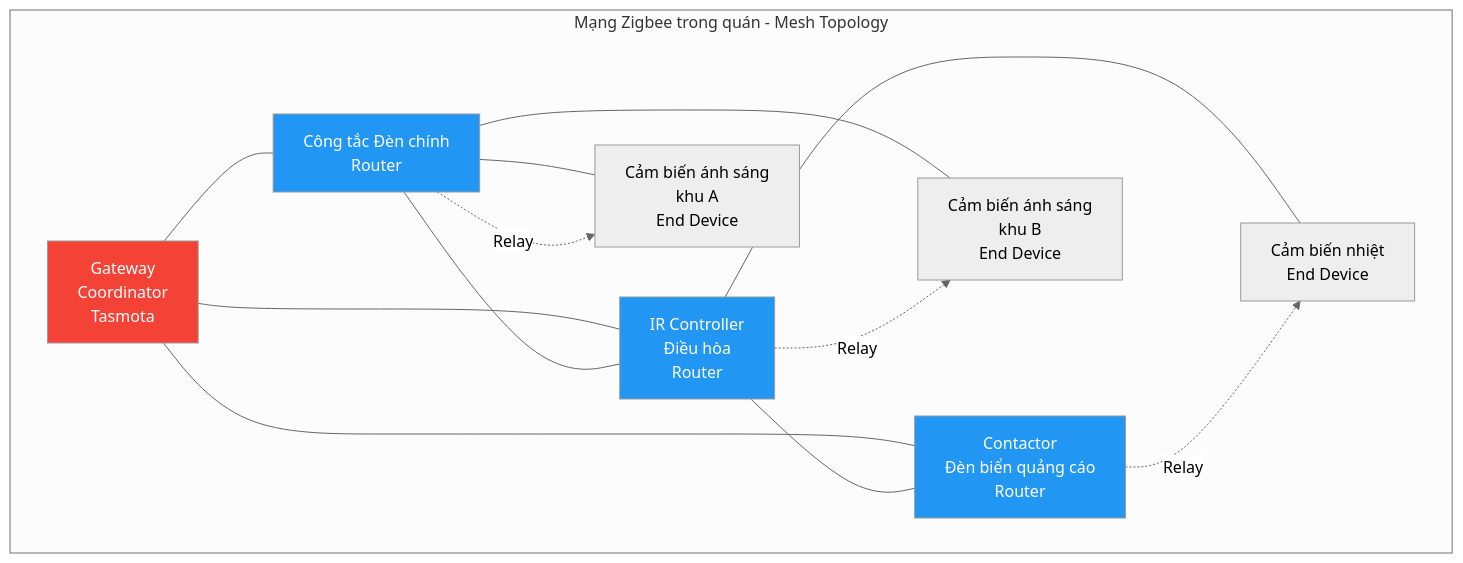
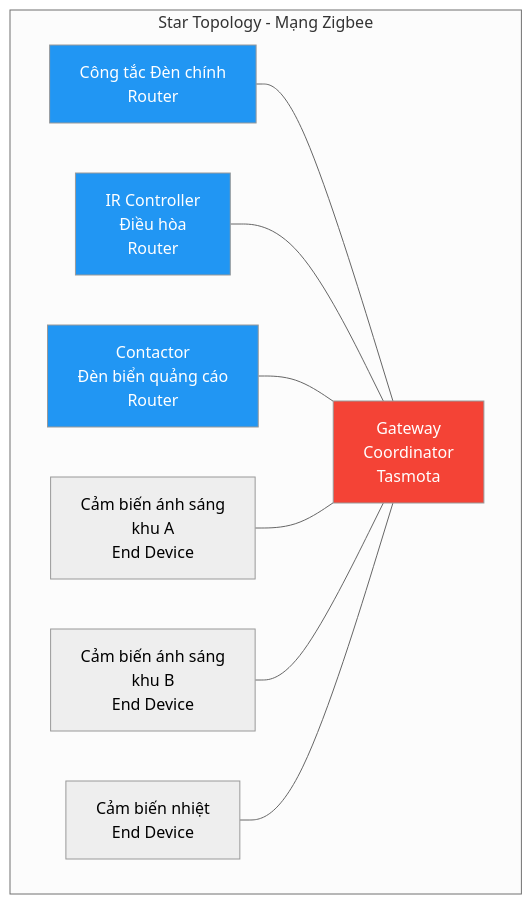
Before and after one commit to huongvn/HLCFEOS: the fourth of 8 diagrams in slides/02-techstack.md, drawn with Mermaid (neutral theme).

Commit message:
fix(slide-02): redraw Zigbee network as star topology
- Coordinator at center, all Router/End Device nodes connect directly to it
- Remove router-to-router mesh links per request

````diff
--- a/slides/02-techstack.md
+++ b/slides/02-techstack.md
@@ -126,23 +126,19 @@
 ```mermaid
 graph TB
-    subgraph "Mạng Zigbee trong quán - Mesh Topology"
-        A[Gateway<br/>Coordinator<br/>Tasmota] --- B[Công tắc Đèn chính<br/>Router]
-        A --- C[IR Controller<br/>Điều hòa<br/>Router]
-        A --- D[Contactor<br/>Đèn biển quảng cáo<br/>Router]
-        B --- C
-        C --- D
+    subgraph "Star Topology - Mạng Zigbee"
+        A[Gateway<br/>Coordinator<br/>Tasmota]
         
-        B --- E[Cảm biến ánh sáng<br/>khu A<br/>End Device]
-        B --- F[Cảm biến ánh sáng<br/>khu B<br/>End Device]
-        C --- G[Cảm biến nhiệt<br/>End Device]
+        B[Công tắc Đèn chính<br/>Router] --- A
+        C[IR Controller<br/>Điều hòa<br/>Router] --- A
+        D[Contactor<br/>Đèn biển quảng cáo<br/>Router] --- A
         
-        B -.->|Relay| E
-        C -.->|Relay| F
-        D -.->|Relay| G
+        E[Cảm biến ánh sáng<br/>khu A<br/>End Device] --- A
+        F[Cảm biến ánh sáng<br/>khu B<br/>End Device] --- A
+        G[Cảm biến nhiệt<br/>End Device] --- A
     end
     
     style A fill:#f44336,color:#fff
     style B fill:#2196F3,color:#fff
     style C fill:#2196F3,color:#fff
     style D fill:#2196F3,color:#fff
 ```
````
